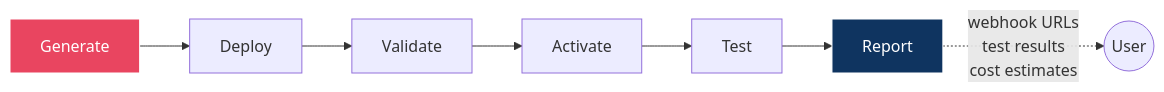
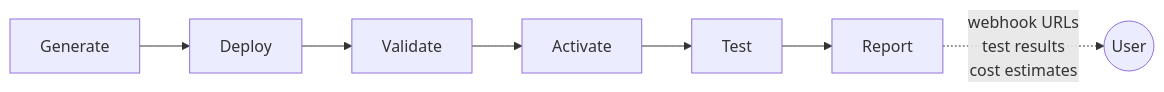
Before and after one commit to mj-deving/rag-pipeline-factory: the fourth of 4 diagrams in README.md, drawn with Mermaid. The commit also changed other lines of this file, not shown here.

Commit message:
docs: remove custom colors from Mermaid diagrams

````diff
--- a/README.md
+++ b/README.md
@@ -131,12 +122,10 @@
 ```mermaid
 flowchart LR
     A[Generate] --> B[Deploy]
     B --> C[Validate]
     C --> D[Activate]
     D --> E[Test]
     E --> F[Report]
     F -.->|webhook URLs<br/>test results<br/>cost estimates| User((User))
 
-    style A fill:#e94560,stroke:#fff,color:#fff
-    style F fill:#0f3460,stroke:#fff,color:#fff
 ```
````
